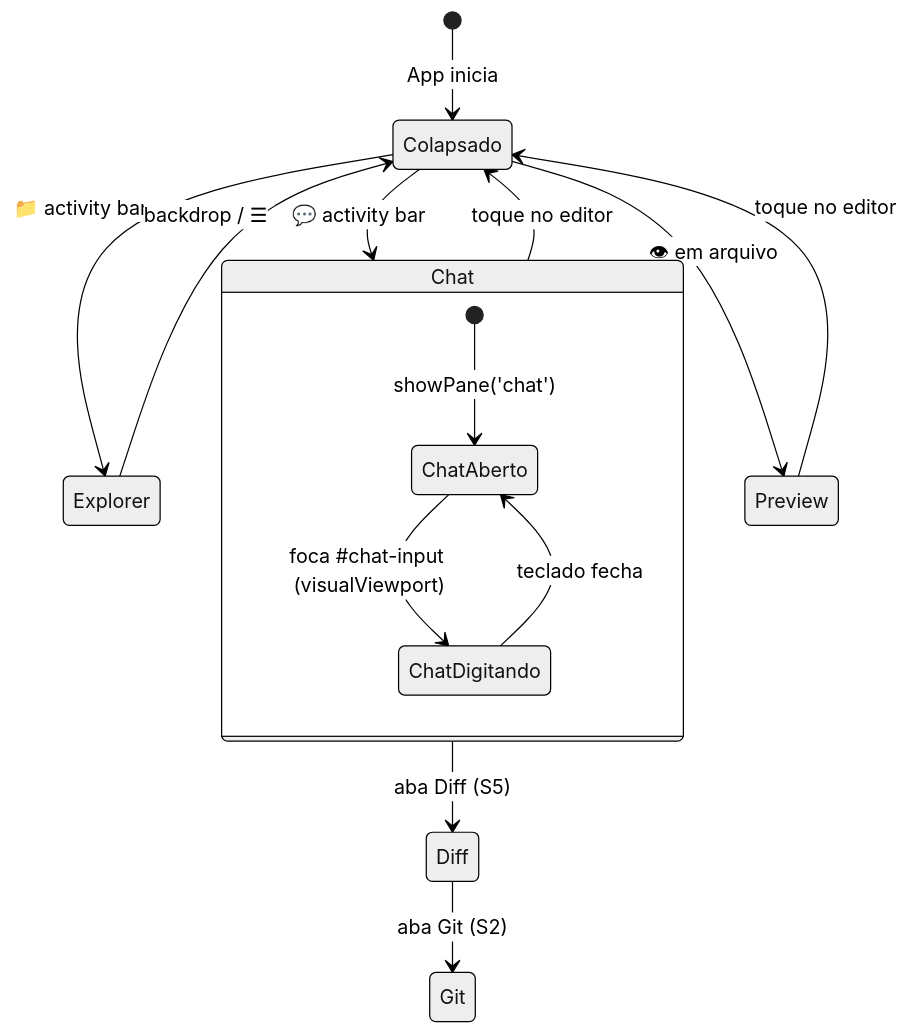
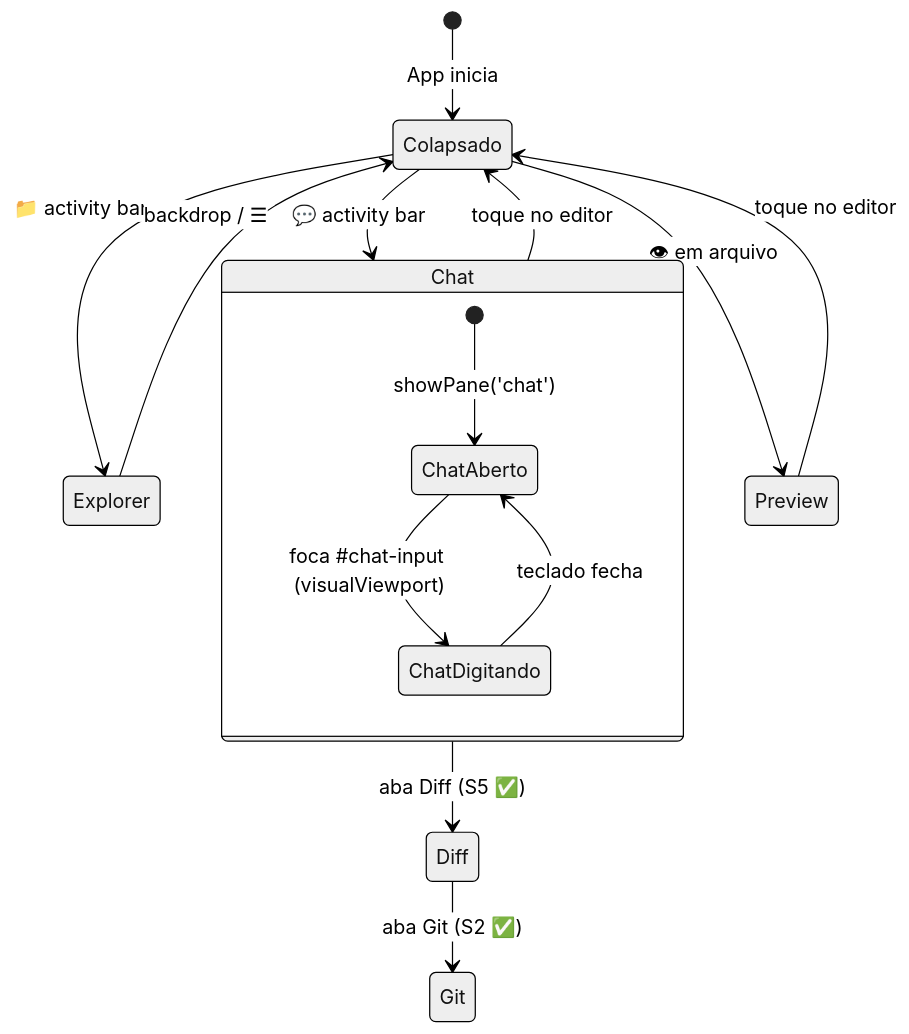
One commit to renato0503/caim changed the sixth of 6 diagrams in docs/diagrams/workflows.md. Above: the diagram before and after it, drawn with Mermaid (neutral theme). The commit also changed other lines of this file and 2 other files, not shown here.

````diff
--- a/docs/diagrams/workflows.md
+++ b/docs/diagrams/workflows.md
@@ -162,19 +166,19 @@
 ```mermaid
 stateDiagram-v2
     [*] --> Colapsado: App inicia
 
     Colapsado --> Explorer: 📁 activity bar
     Colapsado --> Chat: 💬 activity bar
     Explorer --> Colapsado: backdrop / ☰
     Chat --> Colapsado: toque no editor
     Colapsado --> Preview: 👁 em arquivo
     Preview --> Colapsado: toque no editor
 
     state Chat {
         [*] --> ChatAberto: showPane('chat')
         ChatAberto --> ChatDigitando: foca #chat-input (visualViewport)
         ChatDigitando --> ChatAberto: teclado fecha
     }
-    Chat --> Diff: aba Diff (S5)
-    Diff --> Git: aba Git (S2)
+    Chat --> Diff: aba Diff (S5 ✅)
+    Diff --> Git: aba Git (S2 ✅)
 ```
````
